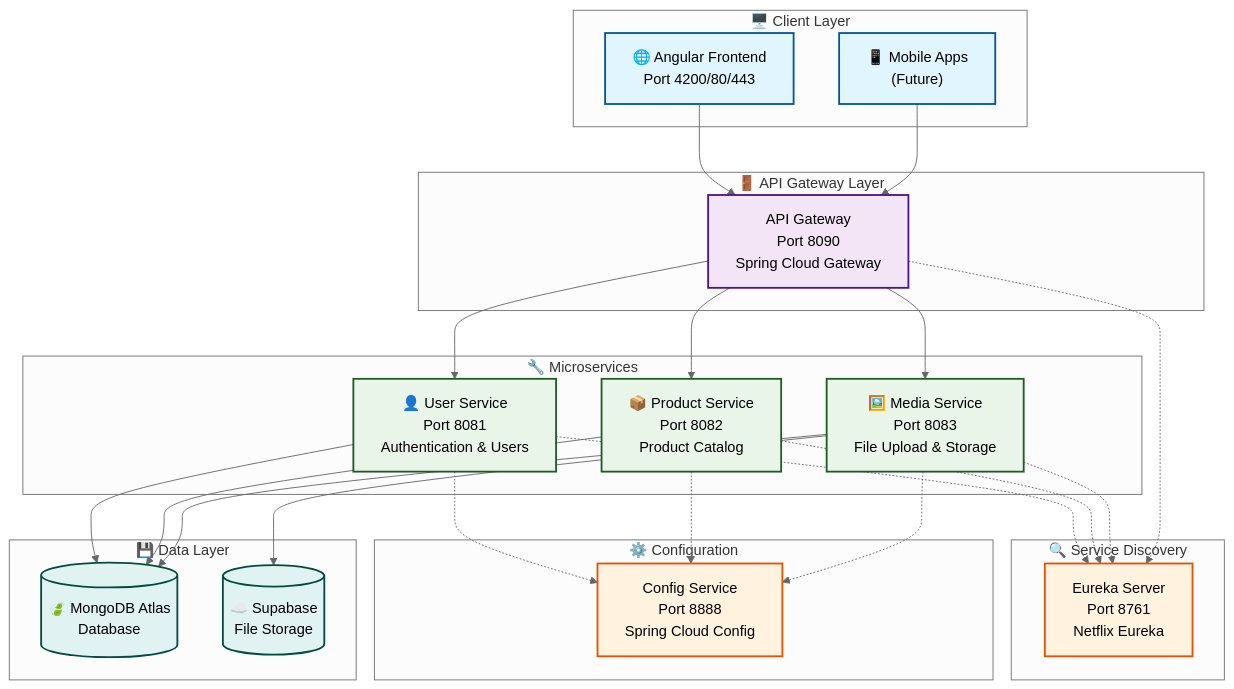
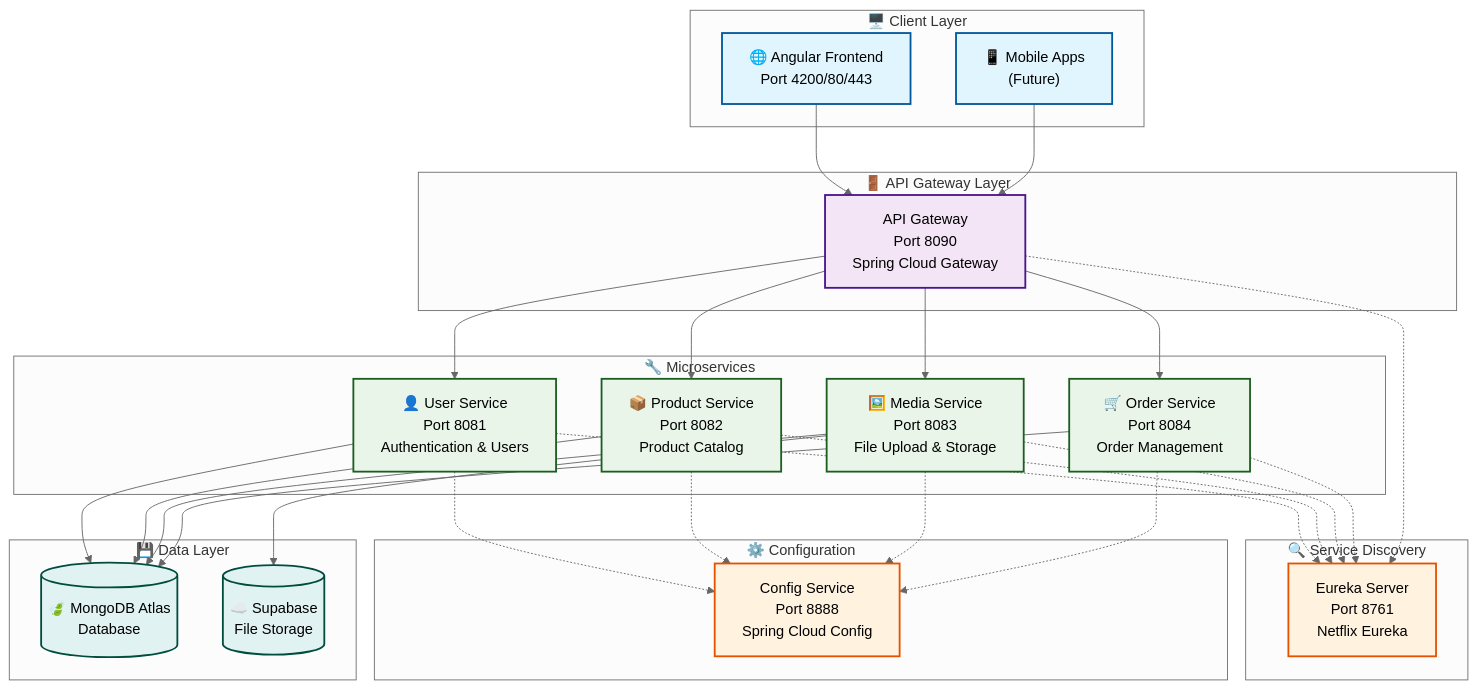
The diagram in README.md (TanakAiko/mr-jenk), drawn with Mermaid (neutral theme) before and after one commit. The commit also changed other lines of this file and 2 other files, not shown here.

Commit message:
Add Order Service tests and update documentation: include testing stage for Order Service in Jenkins pipeline and reflect changes in SonarQube integration summary and README.

````diff
--- a/README.md
+++ b/README.md
@@ -27,62 +27,67 @@
 ```mermaid
 flowchart TB
     subgraph Client["🖥️ Client Layer"]
         WEB["🌐 Angular Frontend<br/>Port 4200/80/443"]
         MOBILE["📱 Mobile Apps<br/>(Future)"]
     end
     
     subgraph Gateway["🚪 API Gateway Layer"]
         APIGATE["API Gateway<br/>Port 8090<br/>Spring Cloud Gateway"]
     end
     
     subgraph Discovery["🔍 Service Discovery"]
         EUREKA["Eureka Server<br/>Port 8761<br/>Netflix Eureka"]
     end
     
     subgraph Config["⚙️ Configuration"]
         CONFIGSVC["Config Service<br/>Port 8888<br/>Spring Cloud Config"]
     end
     
     subgraph Services["🔧 Microservices"]
         USER["👤 User Service<br/>Port 8081<br/>Authentication & Users"]
         PRODUCT["📦 Product Service<br/>Port 8082<br/>Product Catalog"]
         MEDIA["🖼️ Media Service<br/>Port 8083<br/>File Upload & Storage"]
+        ORDER["🛒 Order Service<br/>Port 8084<br/>Order Management"]
     end
     
     subgraph Data["💾 Data Layer"]
         MONGO[("🍃 MongoDB Atlas<br/>Database")]
         SUPABASE[("☁️ Supabase<br/>File Storage")]
     end
     
     WEB --> APIGATE
     MOBILE --> APIGATE
     APIGATE --> USER
     APIGATE --> PRODUCT
     APIGATE --> MEDIA
+    APIGATE --> ORDER
     
     USER -.-> EUREKA
     PRODUCT -.-> EUREKA
     MEDIA -.-> EUREKA
+    ORDER -.-> EUREKA
     APIGATE -.-> EUREKA
     
     USER -.-> CONFIGSVC
     PRODUCT -.-> CONFIGSVC
     MEDIA -.-> CONFIGSVC
+    ORDER -.-> CONFIGSVC
     
     USER --> MONGO
     PRODUCT --> MONGO
     MEDIA --> MONGO
+    ORDER --> MONGO
     MEDIA --> SUPABASE
     
     classDef clientStyle fill:#e1f5fe,stroke:#01579b,stroke-width:2px
     classDef gatewayStyle fill:#f3e5f5,stroke:#4a148c,stroke-width:2px
     classDef serviceStyle fill:#e8f5e8,stroke:#1b5e20,stroke-width:2px
     classDef dataStyle fill:#e0f2f1,stroke:#004d40,stroke-width:2px
     classDef configStyle fill:#fff3e0,stroke:#e65100,stroke-width:2px
     
     class WEB,MOBILE clientStyle
     class APIGATE gatewayStyle
-    class USER,PRODUCT,MEDIA serviceStyle
+    class USER,PRODUCT,MEDIA,ORDER serviceStyle
     class MONGO,SUPABASE dataStyle
     class EUREKA,CONFIGSVC configStyle
 ```
````
